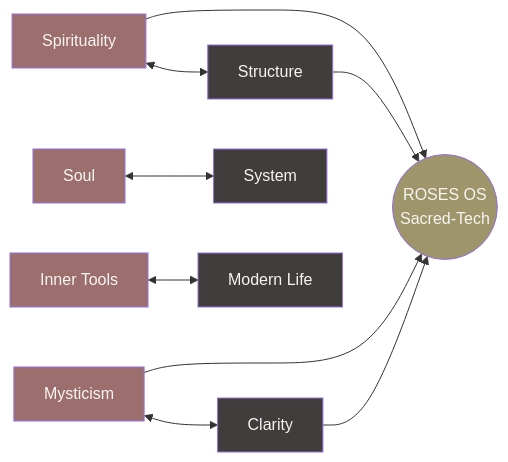
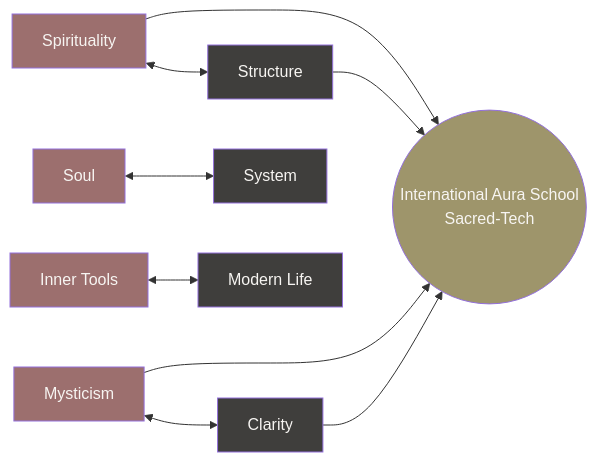
Before and after one commit to Light-Brands/roses-os: diagram 24 of 27 in docs/brand/brand-dna.md, drawn with Mermaid. The commit also changed other lines of this file and 79 other files, not shown here.

First line of the commit message:
Rename ROSES OS to International Aura School across entire codebase

````diff
--- a/docs/brand/brand-dna.md
+++ b/docs/brand/brand-dna.md
@@ -1653,22 +1653,22 @@
 ```mermaid
 graph LR
     SP["Spirituality"] <--> ST["Structure"]
     MY["Mysticism"] <--> CL["Clarity"]
     SO["Soul"] <--> SY["System"]
     IT["Inner Tools"] <--> ML["Modern Life"]
 
-    SP --> ROS((ROSES OS<br/>Sacred-Tech))
+    SP --> ROS((International Aura School<br/>Sacred-Tech))
     ST --> ROS
     MY --> ROS
     CL --> ROS
 
     style SP fill:#9C6F6E,color:#F7F5F2
     style ST fill:#3F3E3C,color:#F7F5F2
     style MY fill:#9C6F6E,color:#F7F5F2
     style CL fill:#3F3E3C,color:#F7F5F2
     style SO fill:#9C6F6E,color:#F7F5F2
     style SY fill:#3F3E3C,color:#F7F5F2
     style IT fill:#9C6F6E,color:#F7F5F2
     style ML fill:#3F3E3C,color:#F7F5F2
     style ROS fill:#9E956B,color:#F7F5F2
 ```
````
